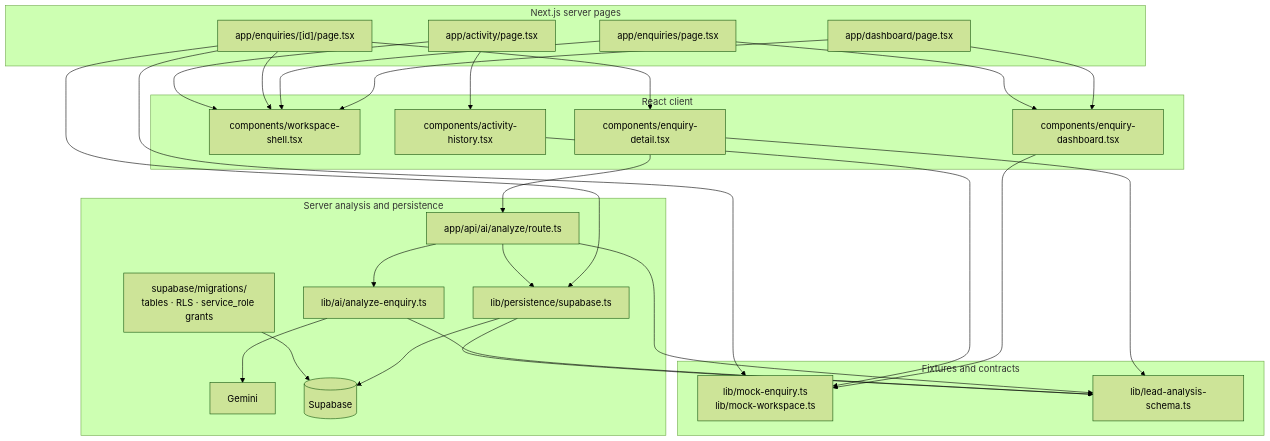
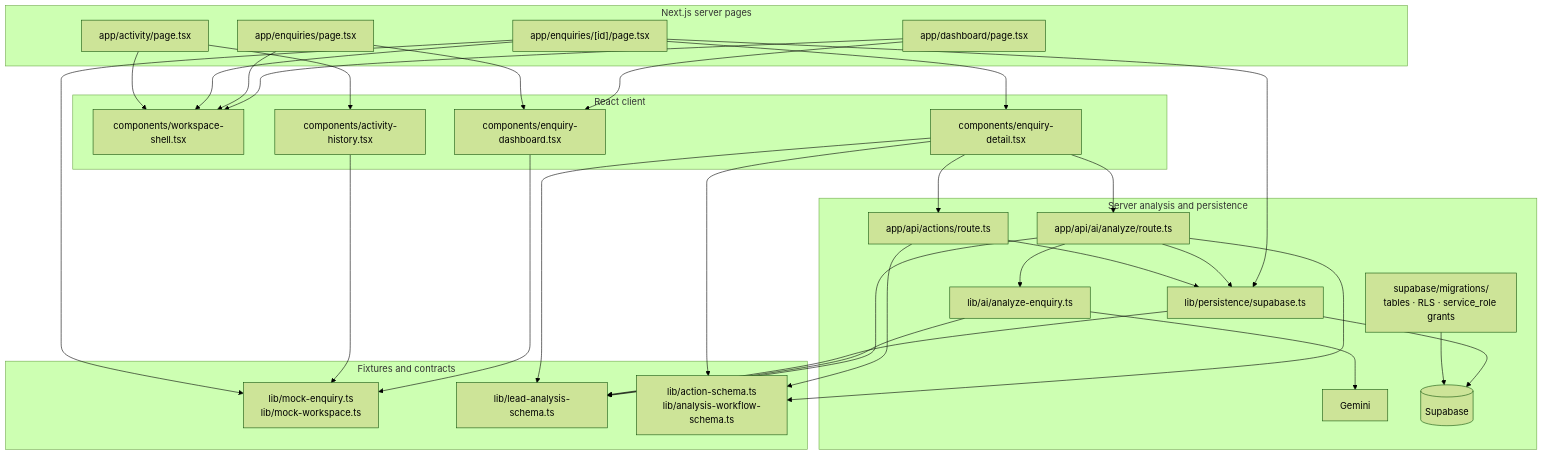
Before and after one commit to nthnmillar/morrow-ai-lead: the fifth of 5 diagrams in ARCHITECTURE_MAP.md, drawn with Mermaid (forest theme). The commit also changed other lines of this file and 12 other files, not shown here.

Commit message:
Add persisted actions and human approval flow

````diff
--- a/ARCHITECTURE_MAP.md
+++ b/ARCHITECTURE_MAP.md
@@ -116,53 +141,60 @@
 ```mermaid
 flowchart TD
   subgraph Pages["Next.js server pages"]
     Dashboard["app/dashboard/page.tsx"]
     EnquiryList["app/enquiries/page.tsx"]
     DetailPage["app/enquiries/[id]/page.tsx"]
     ActivityPage["app/activity/page.tsx"]
   end
 
   subgraph UI["React client"]
     Shell["components/workspace-shell.tsx"]
     Queue["components/enquiry-dashboard.tsx"]
     Detail["components/enquiry-detail.tsx"]
     Activity["components/activity-history.tsx"]
   end
 
   subgraph Shared["Fixtures and contracts"]
     Mock["lib/mock-enquiry.ts<br/>lib/mock-workspace.ts"]
     Schema["lib/lead-analysis-schema.ts"]
+    ActionSchema["lib/action-schema.ts<br/>lib/analysis-workflow-schema.ts"]
   end
 
   subgraph ServerFlow["Server analysis and persistence"]
     Route["app/api/ai/analyze/route.ts"]
+    ActionRoute["app/api/actions/route.ts"]
     Provider["lib/ai/analyze-enquiry.ts"]
     Persistence["lib/persistence/supabase.ts"]
     Migrations["supabase/migrations/<br/>tables · RLS · service_role grants"]
     Gemini["Gemini"]
     Supabase[("Supabase")]
   end
 
   Dashboard --> Shell
   Dashboard --> Queue
   EnquiryList --> Shell
   EnquiryList --> Queue
   DetailPage --> Shell
   DetailPage --> Detail
   ActivityPage --> Shell
   ActivityPage --> Activity
   Queue --> Mock
   Activity --> Mock
   DetailPage --> Mock
   DetailPage --> Persistence
   Detail --> Route
   Detail --> Schema
+  Detail --> ActionSchema
+  Detail --> ActionRoute
   Route --> Schema
   Route --> Provider
   Route --> Persistence
+  Route --> ActionSchema
+  ActionRoute --> ActionSchema
+  ActionRoute --> Persistence
   Provider --> Schema
   Provider --> Gemini
   Persistence --> Schema
   Persistence --> Supabase
   Migrations --> Supabase
 ```
````
